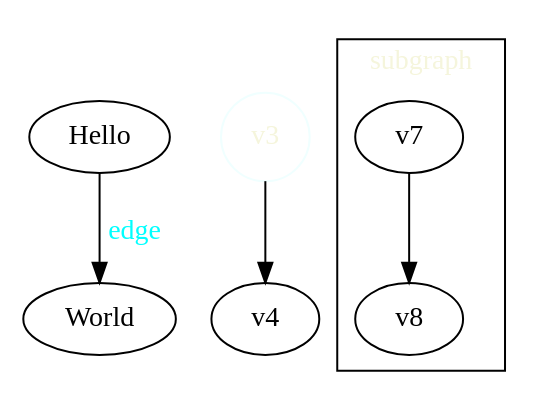
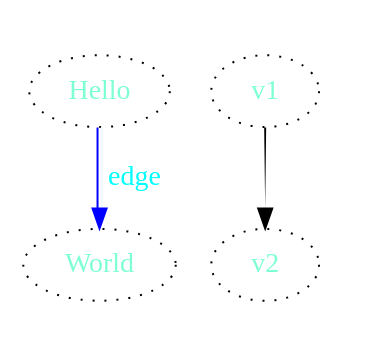
Before and after one commit to Qiu-Weidong/vscode-graphviz-extension: the diagram in examples/hello.dot, drawn with Graphviz. The commit also changed 11 other files, not shown here.

```diff
--- a/examples/hello.dot
+++ b/examples/hello.dot
@@ -1,14 +1,14 @@
 digraph G{
-  // node [fontcolor=aquamarine];
-  Hello -> World [label="edge", fontcolor="aqua"];
-  fontcolor="beige";
-  // bgcolor="brown:transparent";
+  node [fontcolor=aquamarine, style="dotted"];
+  Hello -> World [label="edge", fontcolor="aqua", color="blue:aliceblue"];
 
-  v3 [shape=circle, color=azure, fontcolor=beige, rects="2, 3, 7, 8"];
-  v3 -> v4;
+  subgraph cluster_0 {
+    style="striped";
+    v1 -> v2 [style="tapered"];
 
-  subgraph cluster_3 {
-    v7 -> v8;
-    label="subgraph";
+    style = "invis";
   }
+
+  // graph [style=""];
+  // node [style="dotted"];
 }
```
